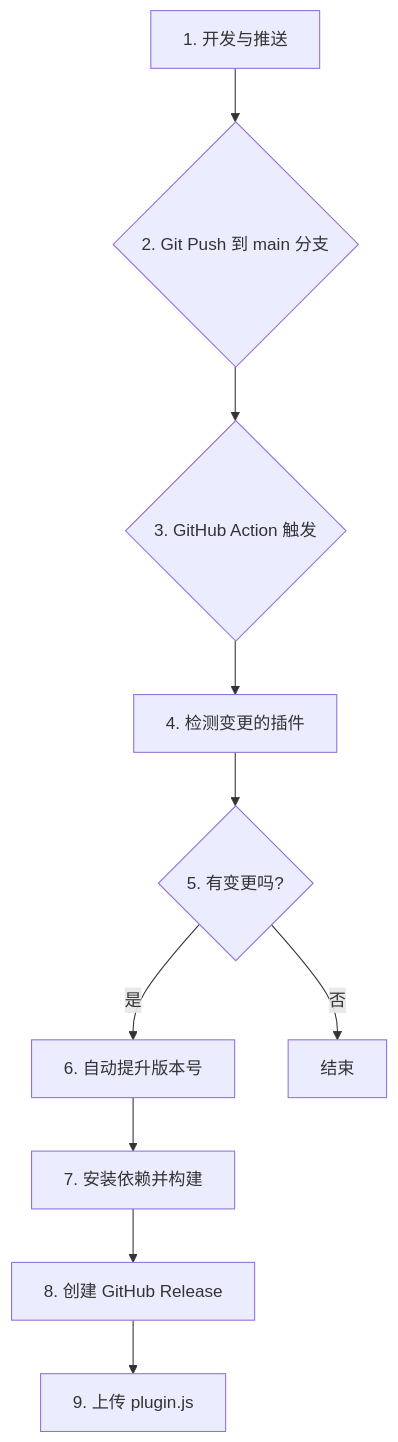
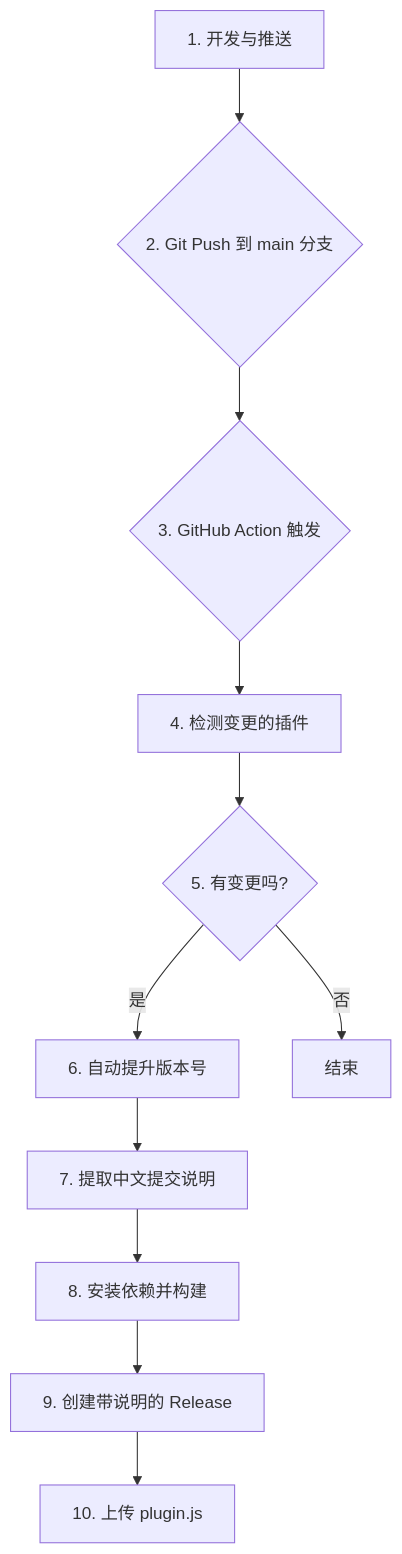
One commit to maxage/foxel-plus changed the second of 2 diagrams in rules.md. Above: the diagram before and after it, drawn with Mermaid. The commit also changed other lines of this file and 20 other files, not shown here.

````diff
--- a/rules.md
+++ b/rules.md
@@ -87,12 +130,13 @@
 ```mermaid
 graph TD
     A[1. 开发与推送] --> B{2. Git Push 到 main 分支};
     B --> C{3. GitHub Action 触发};
     C --> D[4. 检测变更的插件];
     D --> E{5. 有变更吗?};
     E -- 是 --> F[6. 自动提升版本号];
-    F --> G[7. 安装依赖并构建];
-    G --> H[8. 创建 GitHub Release];
-    H --> I[9. 上传 plugin.js];
-    E -- 否 --> J[结束];
+    F --> G[7. 提取中文提交说明];
+    G --> H[8. 安装依赖并构建];
+    H --> I[9. 创建带说明的 Release];
+    I --> J[10. 上传 plugin.js];
+    E -- 否 --> K[结束];
 ```
````
